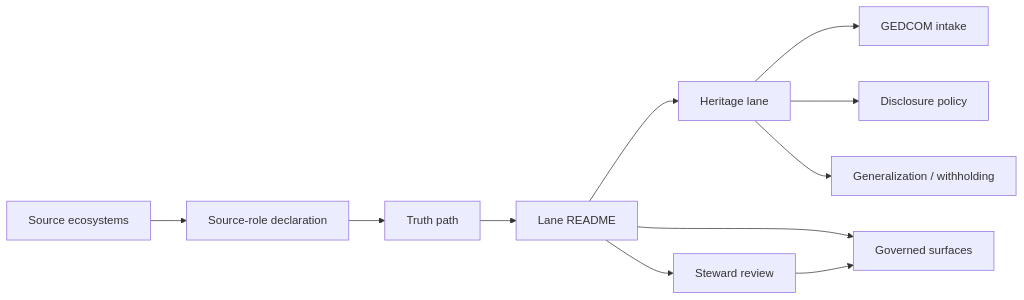
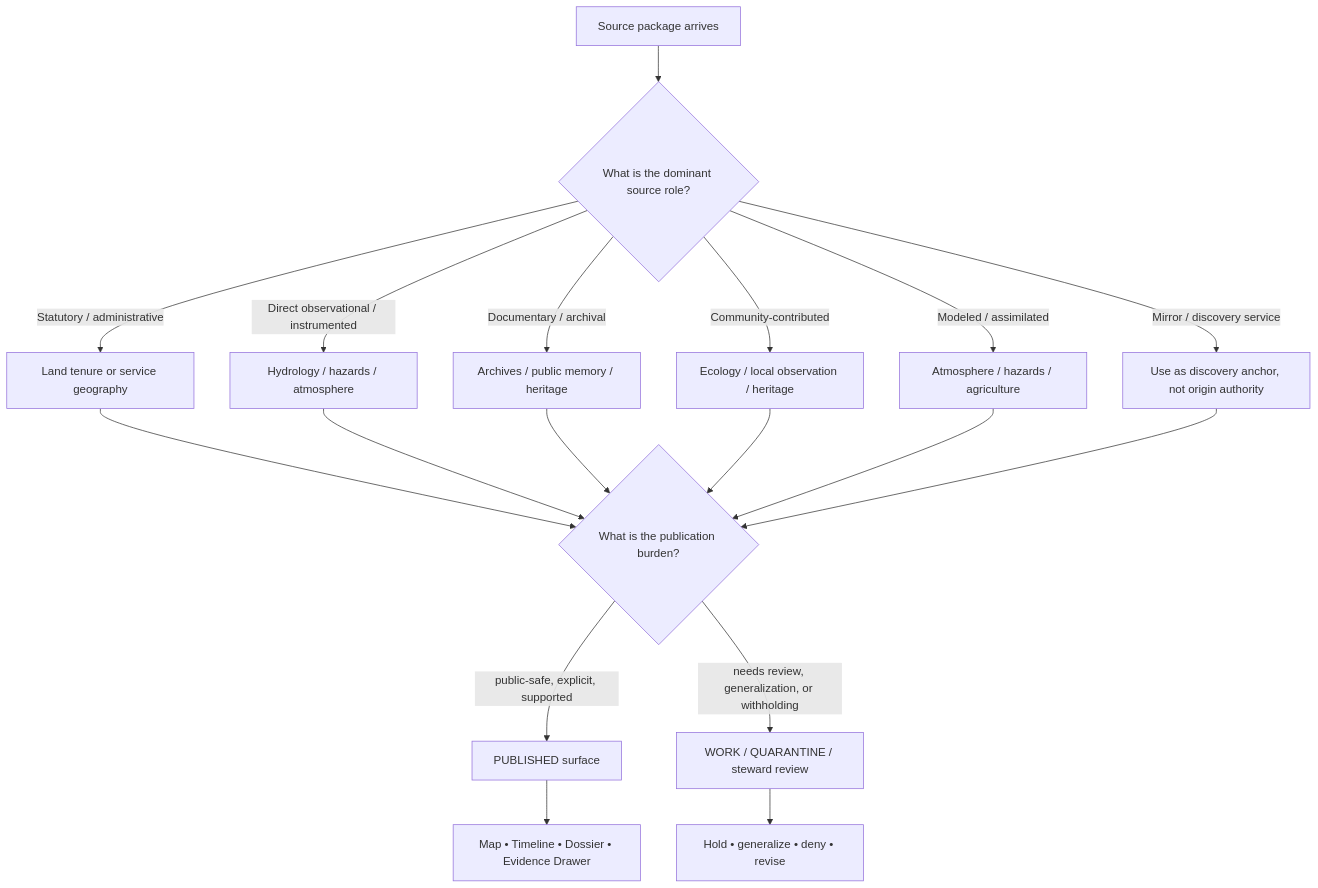
One commit to bartytime4life/Kansas-Frontier-Matrix changed the diagram in docs/domains/README.md. Above: the diagram before and after it, drawn with Mermaid. The commit also changed other lines of this file, not shown here.

````diff
--- a/docs/domains/README.md
+++ b/docs/domains/README.md
@@ -180,15 +175,24 @@
 ```mermaid
-flowchart LR
-    A[Source ecosystems] --> B[Source-role declaration]
-    B --> C[Truth path]
-    C --> D[Lane README]
+flowchart TD
+    A[Source package arrives] --> B{What is the dominant source role?}
 
-    D --> H[Heritage lane]
-    H --> H1[GEDCOM intake]
-    H --> H2[Disclosure policy]
-    H --> H3[Generalization / withholding]
+    B -->|Statutory / administrative| C[Land tenure or service geography]
+    B -->|Direct observational / instrumented| D[Hydrology / hazards / atmosphere]
+    B -->|Documentary / archival| E[Archives / public memory / heritage]
+    B -->|Community-contributed| F[Ecology / local observation / heritage]
+    B -->|Modeled / assimilated| G[Atmosphere / hazards / agriculture]
+    B -->|Mirror / discovery service| H[Use as discovery anchor, not origin authority]
 
-    D --> E[Governed surfaces]
-    D --> F[Steward review]
-    F --> E
+    C --> I{What is the publication burden?}
+    D --> I
+    E --> I
+    F --> I
+    G --> I
+    H --> I
+
+    I -->|public-safe, explicit, supported| J[PUBLISHED surface]
+    I -->|needs review, generalization, or withholding| K[WORK / QUARANTINE / steward review]
+
+    J --> L[Map • Timeline • Dossier • Evidence Drawer]
+    K --> M[Hold • generalize • deny • revise]
 ```
````
